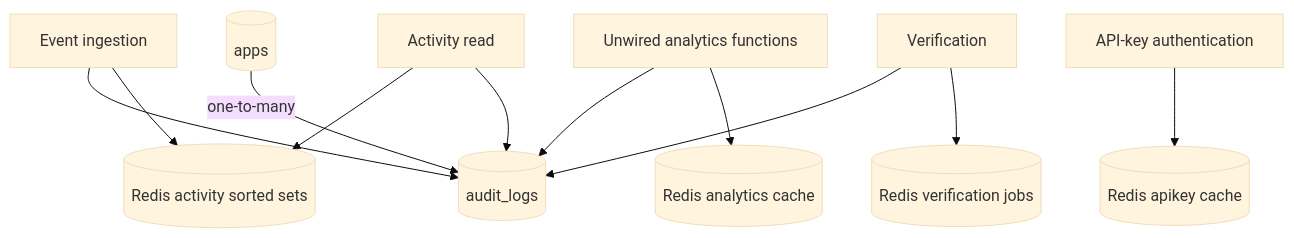
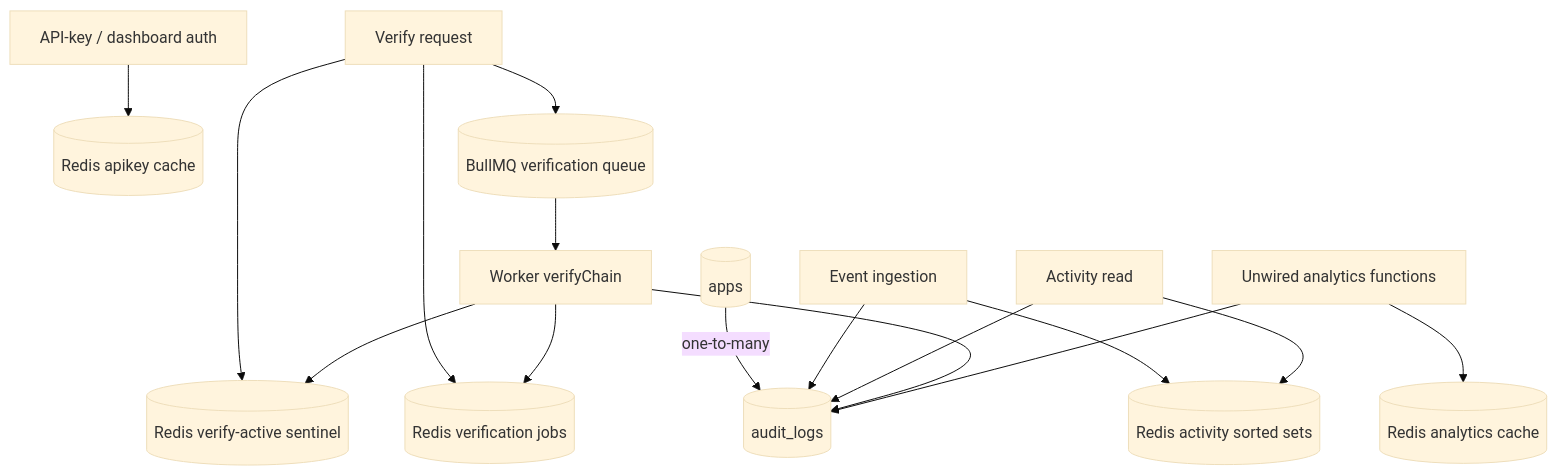
One commit to vinayak-88/AuditLog-Service changed the diagram in DATA_STORAGE.md. Above: the diagram before and after it, drawn with Mermaid (base theme). The commit also changed other lines of this file and 5 other files, not shown here.

```diff
--- a/DATA_STORAGE.md
+++ b/DATA_STORAGE.md
@@ -175,13 +229,17 @@
 ~~~mermaid
 flowchart TB
   Apps[(apps)] -->|one-to-many| Logs[(audit_logs)]
-  Auth[API-key authentication] --> KeyCache[(Redis apikey cache)]
+  Auth[API-key / dashboard auth] --> KeyCache[(Redis apikey cache)]
   Ingest[Event ingestion] --> Logs
   Ingest --> Activity[(Redis activity sorted sets)]
   ActivityRead[Activity read] --> Activity
   ActivityRead --> Logs
-  Verify[Verification] --> Logs
-  Verify --> Jobs[(Redis verification jobs)]
+  VerifyReq[Verify request] --> Sentinel[(Redis verify-active sentinel)]
+  VerifyReq --> Jobs[(Redis verification jobs)]
+  VerifyReq --> BullQ[(BullMQ verification queue)]
+  BullQ --> WorkerJob[Worker verifyChain] --> Logs
+  WorkerJob --> Jobs
+  WorkerJob --> Sentinel
   Analytics[Unwired analytics functions] --> Logs
   Analytics --> AnalyticsCache[(Redis analytics cache)]
 ~~~
```
